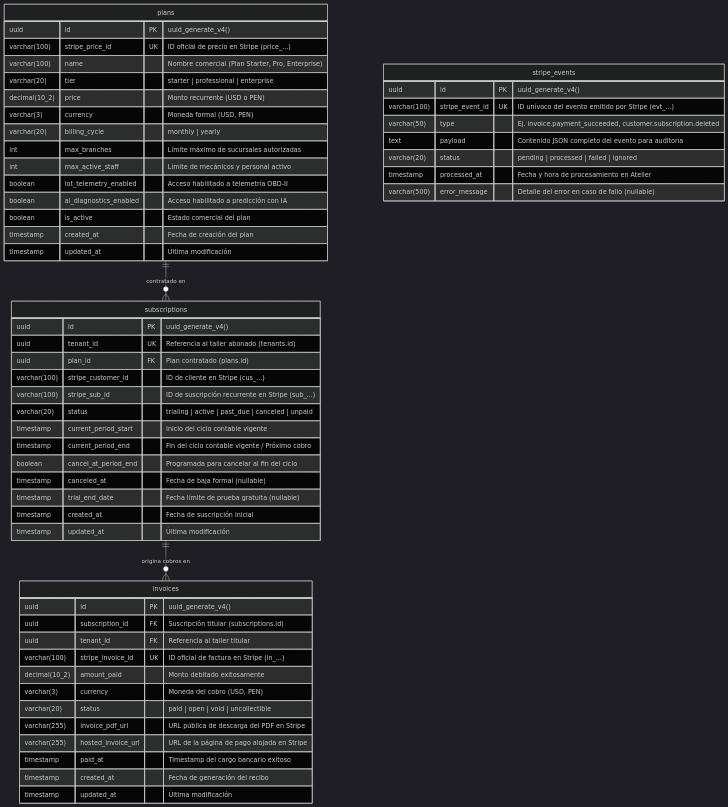
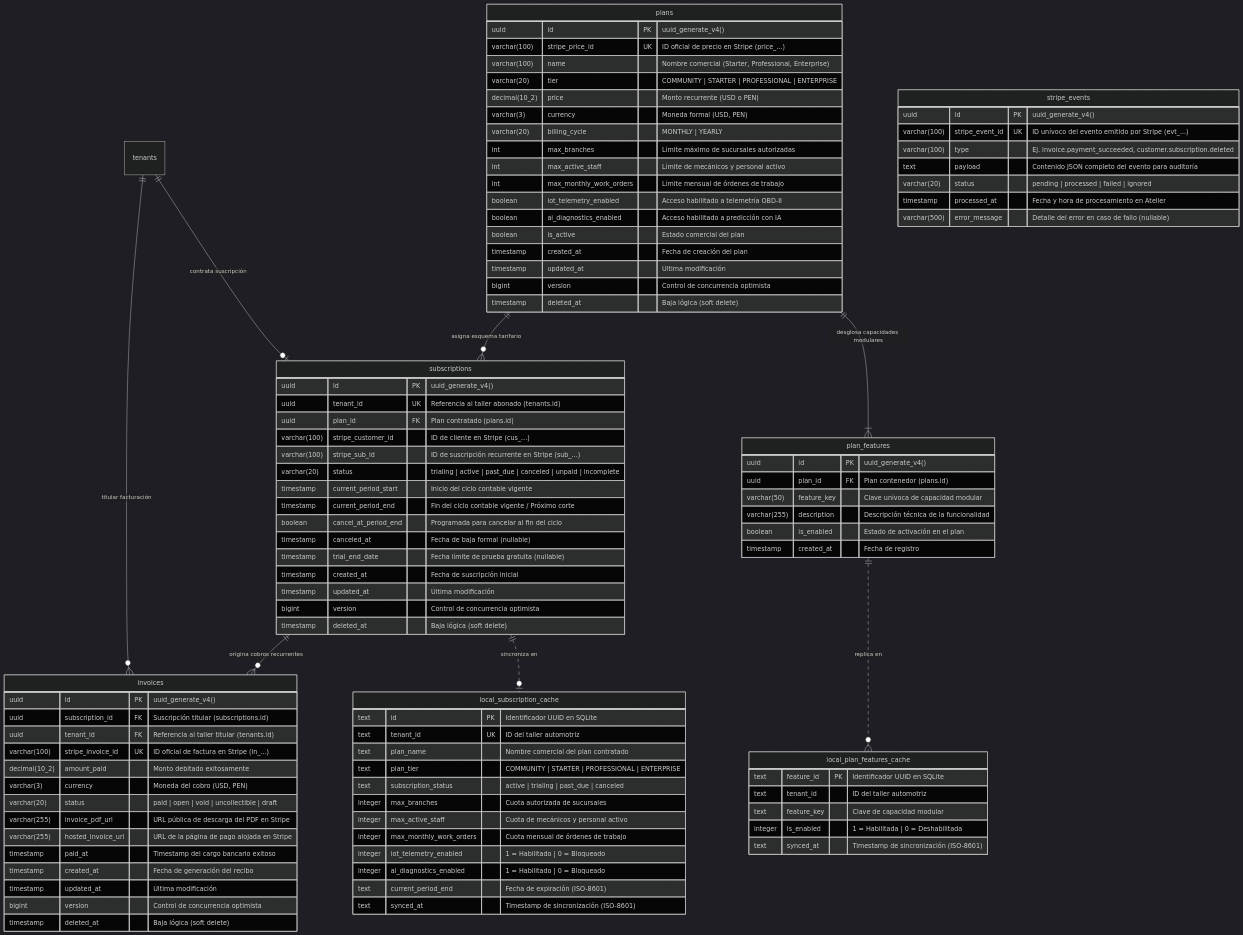
Before and after one commit to upc-pre-202620-1acc0238-4951-andeva/atelier-report: the fifth of 5 diagrams in docs/extended-description-bounded-contexts-backend/08-saas-billing-and-subscriptions.md, drawn with Mermaid (dark theme). The commit also changed other lines of this file and 19 other files, not shown here.

First line of the commit message:
feat: add billing and subscriptions context.

````diff
--- a/docs/extended-description-bounded-contexts-backend/08-saas-billing-and-subscriptions.md
+++ b/docs/extended-description-bounded-contexts-backend/08-saas-billing-and-subscriptions.md
@@ -1122,23 +3443,40 @@
 ```mermaid
 erDiagram
-    plans ||--o{ subscriptions : "contratado en"
-    subscriptions ||--o{ invoices : "origina cobros en"
+    tenants ||--o| subscriptions : "contrata suscripción"
+    tenants ||--o{ invoices : "titular facturación"
+    plans ||--o{ subscriptions : "asigna esquema tarifario"
+    plans ||--|{ plan_features : "desglosa capacidades modulares"
+    subscriptions ||--o{ invoices : "origina cobros recurrentes"
+    subscriptions ||..o| local_subscription_cache : "sincroniza en"
+    plan_features ||..o{ local_plan_features_cache : "replica en"
 
     plans {
         uuid id PK "uuid_generate_v4()"
         varchar(100) stripe_price_id UK "ID oficial de precio en Stripe (price_...)"
-        varchar(100) name "Nombre comercial (Plan Starter, Pro, Enterprise)"
-        varchar(20) tier "starter | professional | enterprise"
+        varchar(100) name "Nombre comercial (Starter, Professional, Enterprise)"
+        varchar(20) tier "COMMUNITY | STARTER | PROFESSIONAL | ENTERPRISE"
         decimal(10_2) price "Monto recurrente (USD o PEN)"
         varchar(3) currency "Moneda formal (USD, PEN)"
-        varchar(20) billing_cycle "monthly | yearly"
+        varchar(20) billing_cycle "MONTHLY | YEARLY"
         int max_branches "Límite máximo de sucursales autorizadas"
         int max_active_staff "Límite de mecánicos y personal activo"
+        int max_monthly_work_orders "Límite mensual de órdenes de trabajo"
         boolean iot_telemetry_enabled "Acceso habilitado a telemetría OBD-II"
         boolean ai_diagnostics_enabled "Acceso habilitado a predicción con IA"
         boolean is_active "Estado comercial del plan"
         timestamp created_at "Fecha de creación del plan"
         timestamp updated_at "Última modificación"
+        bigint version "Control de concurrencia optimista"
+        timestamp deleted_at "Baja lógica (soft delete)"
+    }
+
+    plan_features {
+        uuid id PK "uuid_generate_v4()"
+        uuid plan_id FK "Plan contenedor (plans.id)"
+        varchar(50) feature_key "Clave unívoca de capacidad modular"
+        varchar(255) description "Descripción técnica de la funcionalidad"
+        boolean is_enabled "Estado de activación en el plan"
+        timestamp created_at "Fecha de registro"
     }
 
     subscriptions {
@@ -1147,38 +3485,65 @@
         uuid plan_id FK "Plan contratado (plans.id)"
         varchar(100) stripe_customer_id "ID de cliente en Stripe (cus_...)"
         varchar(100) stripe_sub_id "ID de suscripción recurrente en Stripe (sub_...)"
-        varchar(20) status "trialing | active | past_due | canceled | unpaid"
+        varchar(20) status "trialing | active | past_due | canceled | unpaid | incomplete"
         timestamp current_period_start "Inicio del ciclo contable vigente"
-        timestamp current_period_end "Fin del ciclo contable vigente / Próximo cobro"
+        timestamp current_period_end "Fin del ciclo contable vigente / Próximo corte"
         boolean cancel_at_period_end "Programada para cancelar al fin del ciclo"
         timestamp canceled_at "Fecha de baja formal (nullable)"
         timestamp trial_end_date "Fecha límite de prueba gratuita (nullable)"
         timestamp created_at "Fecha de suscripción inicial"
         timestamp updated_at "Última modificación"
+        bigint version "Control de concurrencia optimista"
+        timestamp deleted_at "Baja lógica (soft delete)"
     }
 
     invoices {
         uuid id PK "uuid_generate_v4()"
         uuid subscription_id FK "Suscripción titular (subscriptions.id)"
-        uuid tenant_id FK "Referencia al taller titular"
+        uuid tenant_id FK "Referencia al taller titular (tenants.id)"
         varchar(100) stripe_invoice_id UK "ID oficial de factura en Stripe (in_...)"
         decimal(10_2) amount_paid "Monto debitado exitosamente"
         varchar(3) currency "Moneda del cobro (USD, PEN)"
-        varchar(20) status "paid | open | void | uncollectible"
+        varchar(20) status "paid | open | void | uncollectible | draft"
         varchar(255) invoice_pdf_url "URL pública de descarga del PDF en Stripe"
         varchar(255) hosted_invoice_url "URL de la página de pago alojada en Stripe"
         timestamp paid_at "Timestamp del cargo bancario exitoso"
         timestamp created_at "Fecha de generación del recibo"
         timestamp updated_at "Última modificación"
+        bigint version "Control de concurrencia optimista"
+        timestamp deleted_at "Baja lógica (soft delete)"
     }
 
     stripe_events {
         uuid id PK "uuid_generate_v4()"
         varchar(100) stripe_event_id UK "ID unívoco del evento emitido por Stripe (evt_...)"
-        varchar(50) type "Ej. invoice.payment_succeeded, customer.subscription.deleted"
+        varchar(100) type "Ej. invoice.payment_succeeded, customer.subscription.deleted"
         text payload "Contenido JSON completo del evento para auditoría"
         varchar(20) status "pending | processed | failed | ignored"
         timestamp processed_at "Fecha y hora de procesamiento en Atelier"
         varchar(500) error_message "Detalle del error en caso de fallo (nullable)"
     }
+
+    local_subscription_cache {
+        text id PK "Identificador UUID en SQLite"
+        text tenant_id UK "ID del taller automotriz"
+        text plan_name "Nombre comercial del plan contratado"
+        text plan_tier "COMMUNITY | STARTER | PROFESSIONAL | ENTERPRISE"
+        text subscription_status "active | trialing | past_due | canceled"
+        integer max_branches "Cuota autorizada de sucursales"
+        integer max_active_staff "Cuota de mecánicos y personal activo"
+        integer max_monthly_work_orders "Cuota mensual de órdenes de trabajo"
+        integer iot_telemetry_enabled "1 = Habilitado | 0 = Bloqueado"
+        integer ai_diagnostics_enabled "1 = Habilitado | 0 = Bloqueado"
+        text current_period_end "Fecha de expiración (ISO-8601)"
+        text synced_at "Timestamp de sincronización (ISO-8601)"
+    }
+
+    local_plan_features_cache {
+        text feature_id PK "Identificador UUID en SQLite"
+        text tenant_id "ID del taller automotriz"
+        text feature_key "Clave de capacidad modular"
+        integer is_enabled "1 = Habilitada | 0 = Deshabilitada"
+        text synced_at "Timestamp de sincronización (ISO-8601)"
+    }
 ```
````
